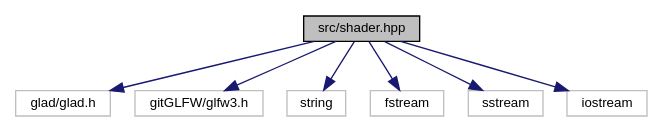
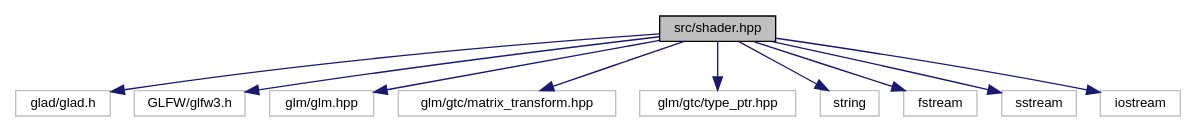
The diagram in shader_8hpp__incl.dot (noah1510/redhand), drawn with Graphviz before and after one commit. The commit also changed 96 other files, not shown here.

```diff
--- a/shader_8hpp__incl.dot
+++ b/shader_8hpp__incl.dot
@@ -1,18 +1,24 @@
 digraph "src/shader.hpp"
 {
   edge [fontname="Helvetica",fontsize="10",labelfontname="Helvetica",labelfontsize="10"];
   node [fontname="Helvetica",fontsize="10",shape=record];
   Node0 [label="src/shader.hpp",height=0.2,width=0.4,color="black", fillcolor="grey75", style="filled", fontcolor="black"];
   Node0 -> Node1 [color="midnightblue",fontsize="10",style="solid",fontname="Helvetica"];
   Node1 [label="glad/glad.h",height=0.2,width=0.4,color="grey75", fillcolor="white", style="filled"];
   Node0 -> Node2 [color="midnightblue",fontsize="10",style="solid",fontname="Helvetica"];
-  Node2 [label="gitGLFW/glfw3.h",height=0.2,width=0.4,color="grey75", fillcolor="white", style="filled"];
+  Node2 [label="GLFW/glfw3.h",height=0.2,width=0.4,color="grey75", fillcolor="white", style="filled"];
   Node0 -> Node3 [color="midnightblue",fontsize="10",style="solid",fontname="Helvetica"];
-  Node3 [label="string",height=0.2,width=0.4,color="grey75", fillcolor="white", style="filled"];
+  Node3 [label="glm/glm.hpp",height=0.2,width=0.4,color="grey75", fillcolor="white", style="filled"];
   Node0 -> Node4 [color="midnightblue",fontsize="10",style="solid",fontname="Helvetica"];
-  Node4 [label="fstream",height=0.2,width=0.4,color="grey75", fillcolor="white", style="filled"];
+  Node4 [label="glm/gtc/matrix_transform.hpp",height=0.2,width=0.4,color="grey75", fillcolor="white", style="filled"];
   Node0 -> Node5 [color="midnightblue",fontsize="10",style="solid",fontname="Helvetica"];
-  Node5 [label="sstream",height=0.2,width=0.4,color="grey75", fillcolor="white", style="filled"];
+  Node5 [label="glm/gtc/type_ptr.hpp",height=0.2,width=0.4,color="grey75", fillcolor="white", style="filled"];
   Node0 -> Node6 [color="midnightblue",fontsize="10",style="solid",fontname="Helvetica"];
-  Node6 [label="iostream",height=0.2,width=0.4,color="grey75", fillcolor="white", style="filled"];
+  Node6 [label="string",height=0.2,width=0.4,color="grey75", fillcolor="white", style="filled"];
+  Node0 -> Node7 [color="midnightblue",fontsize="10",style="solid",fontname="Helvetica"];
+  Node7 [label="fstream",height=0.2,width=0.4,color="grey75", fillcolor="white", style="filled"];
+  Node0 -> Node8 [color="midnightblue",fontsize="10",style="solid",fontname="Helvetica"];
+  Node8 [label="sstream",height=0.2,width=0.4,color="grey75", fillcolor="white", style="filled"];
+  Node0 -> Node9 [color="midnightblue",fontsize="10",style="solid",fontname="Helvetica"];
+  Node9 [label="iostream",height=0.2,width=0.4,color="grey75", fillcolor="white", style="filled"];
 }
```
